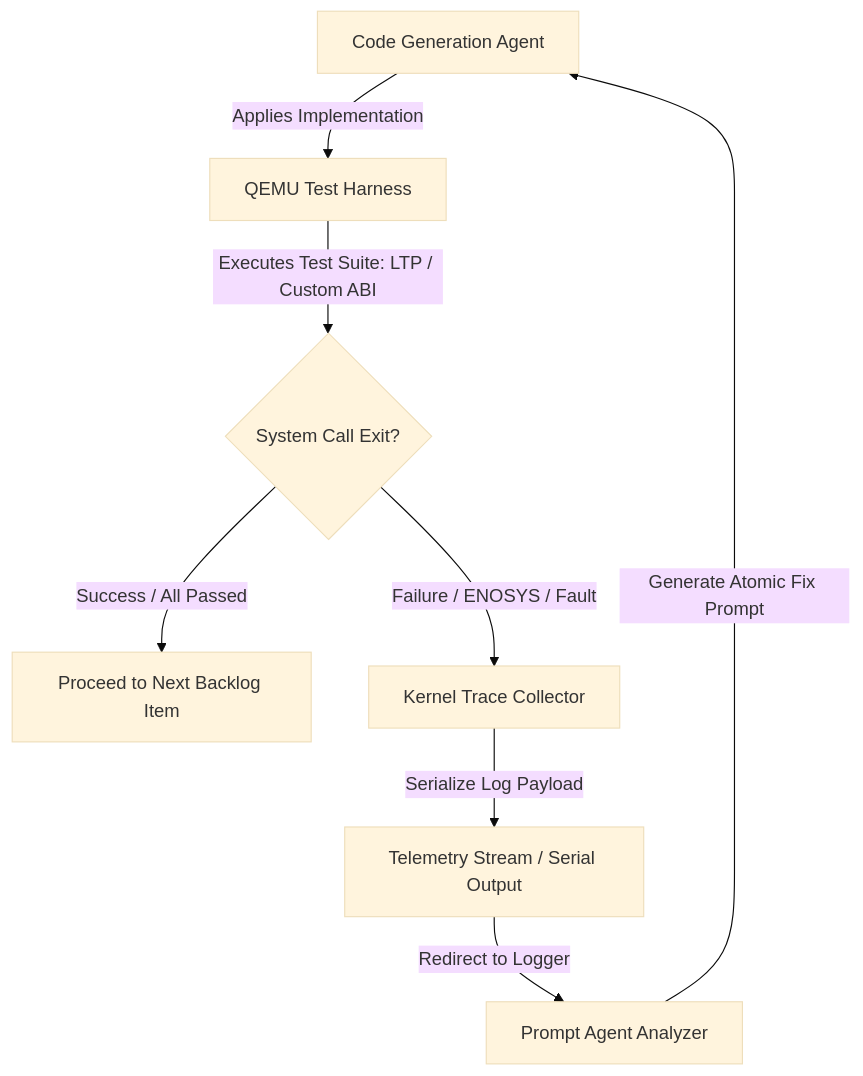
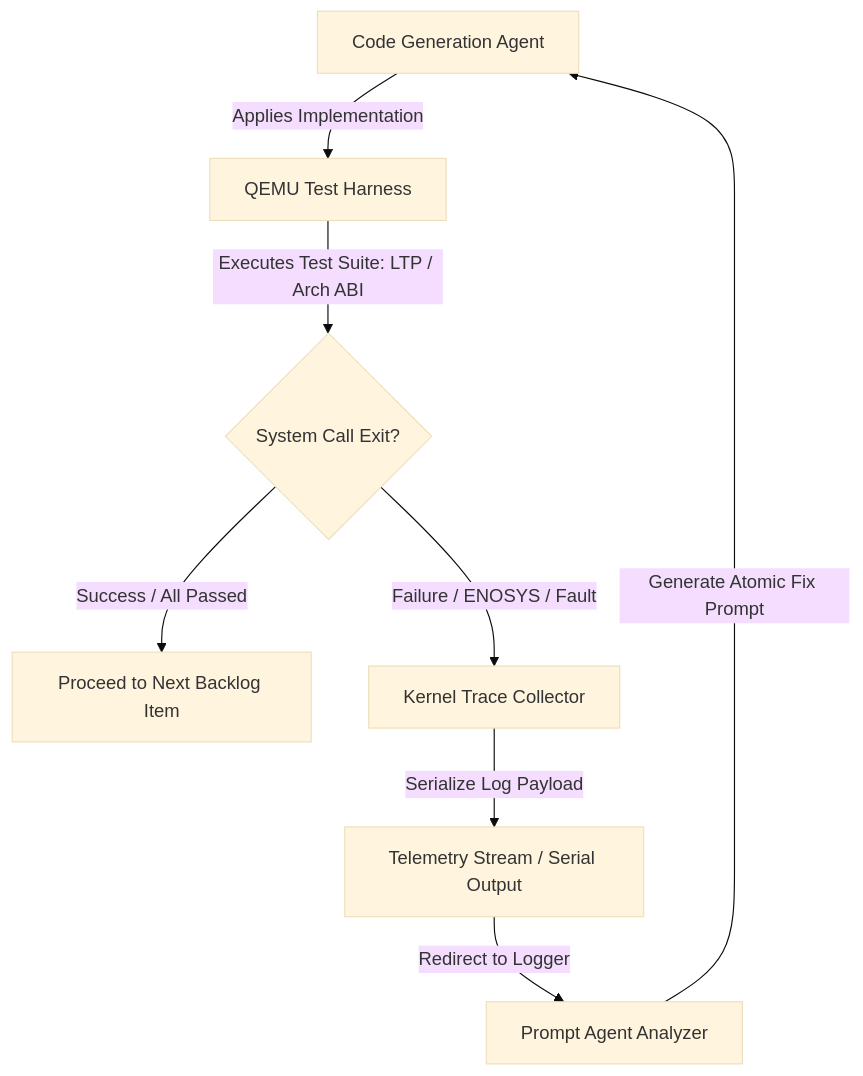
The sixth of 6 diagrams in docs/roadmap.md (Kontsnor/KontsnorOS), drawn with Mermaid (base theme) before and after one commit. The commit also changed other lines of this file and 3 other files, not shown here.

````diff
--- a/docs/roadmap.md
+++ b/docs/roadmap.md
@@ -128,10 +190,10 @@
 ```mermaid
 graph TD
     A[Code Generation Agent] -->|Applies Implementation| B[QEMU Test Harness]
-    B -->|Executes Test Suite: LTP / Custom ABI| C{System Call Exit?}
+    B -->|Executes Test Suite: LTP / Arch ABI| C{System Call Exit?}
     C -->|Success / All Passed| D[Proceed to Next Backlog Item]
     C -->|Failure / ENOSYS / Fault| E[Kernel Trace Collector]
     E -->|Serialize Log Payload| F[Telemetry Stream / Serial Output]
     F -->|Redirect to Logger| G[Prompt Agent Analyzer]
     G -->|Generate Atomic Fix Prompt| A
 ```
````
